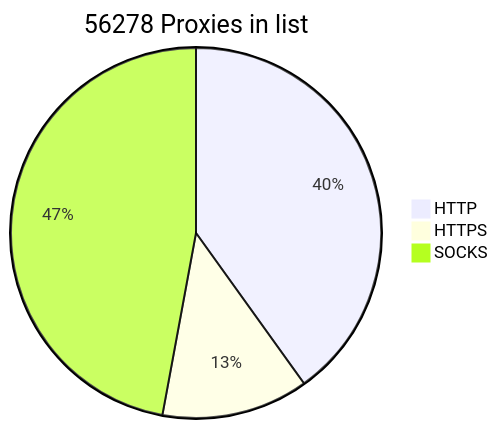
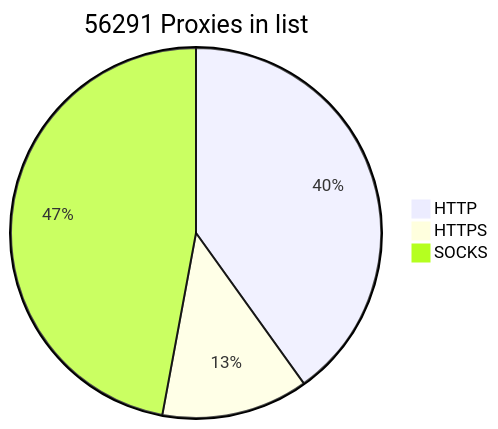
Before and after one commit to BlackSnowDot/proxylist-update-every-minute: the diagram in README.md, drawn with Mermaid.

````diff
--- a/README.md
+++ b/README.md
@@ -2,6 +2,6 @@
 ```mermaid
-pie title 56278 Proxies in list
-    "HTTP" : 25320
+pie title 56291 Proxies in list
+    "HTTP" : 25333
     "HTTPS": 8094
     "SOCKS" : 29743
 ```
````
